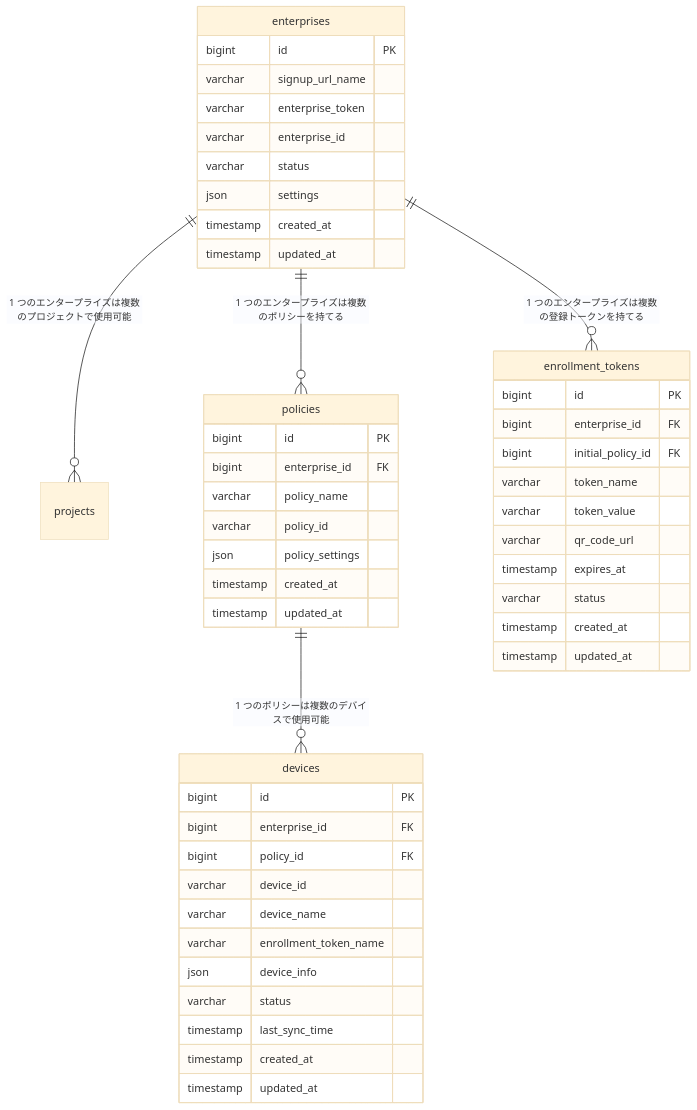
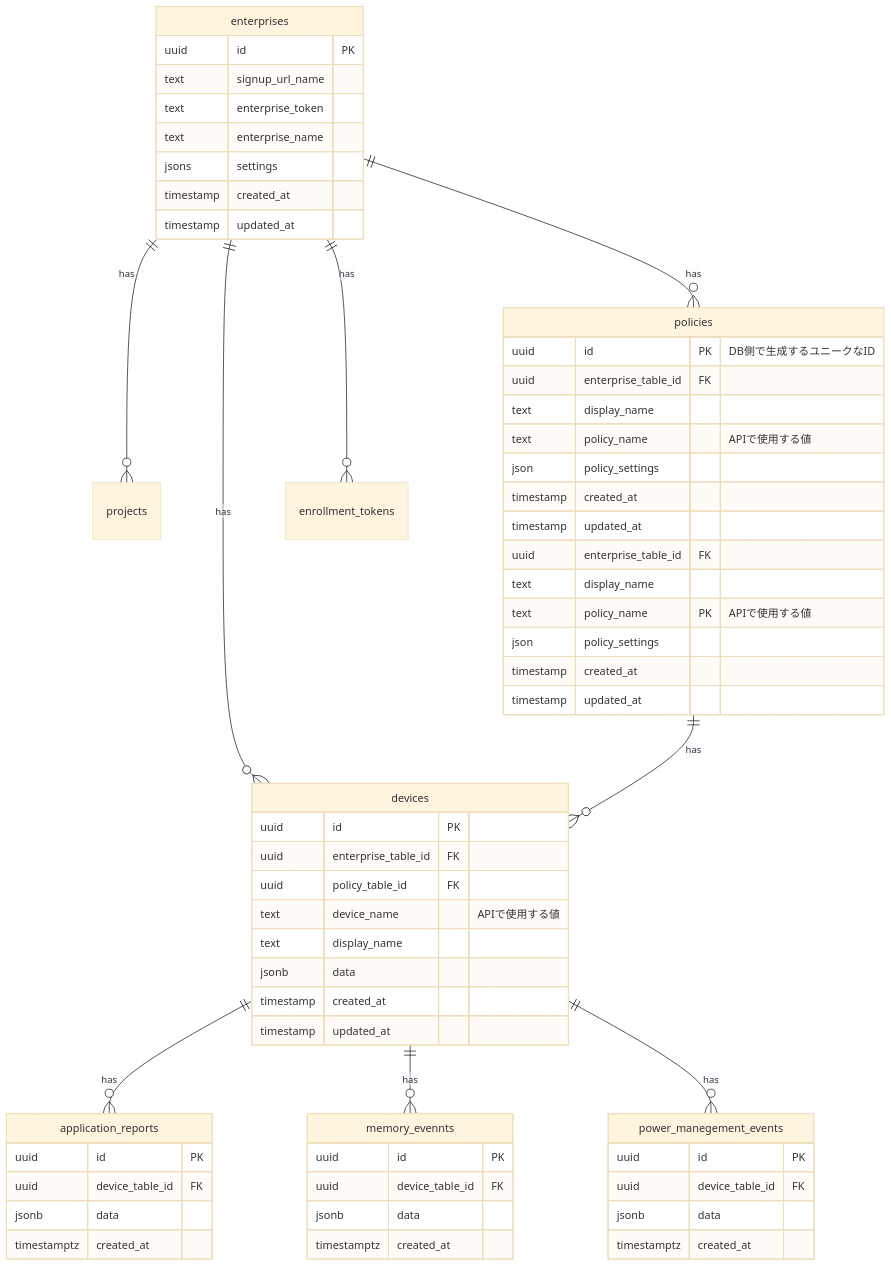
Before and after one commit to tk20211228/sample-site: the diagram in db/dev/enterprise-policy-device-er.md, drawn with Mermaid (base theme). The commit also changed 91 other files, not shown here.

Commit message:
feat: Add project and device types; implement project management components and update policies

````diff
--- a/db/dev/enterprise-policy-device-er.md
+++ b/db/dev/enterprise-policy-device-er.md
@@ -5,55 +5,86 @@
 ```mermaid
 erDiagram
-enterprises ||--o{ projects : "1 つのエンタープライズは複数のプロジェクトで使用可能"
-enterprises ||--o{ policies : "1 つのエンタープライズは複数のポリシーを持てる"
-policies ||--o{ devices : "1 つのポリシーは複数のデバイスで使用可能"
-enterprises ||--o{ enrollment_tokens : "1 つのエンタープライズは複数の登録トークンを持てる"
+    enterprises ||--o{ projects : "has"
+    enterprises ||--o{ policies : "has"
+    enterprises ||--o{ devices : "has"
+    policies ||--o{ devices : "has"
+    enterprises ||--o{ enrollment_tokens : "has"
+    devices ||--o{ application_reports : "has"
+    devices ||--o{ memory_evennts : "has"
+    devices ||--o{ power_manegement_events : "has"
 
     enterprises {
-        bigint id PK
-        varchar signup_url_name
-        varchar enterprise_token
-        varchar enterprise_id
-        varchar status
-        json settings
+        uuid id PK
+        text signup_url_name
+        text enterprise_token
+        text enterprise_name
+        jsons settings
         timestamp created_at
         timestamp updated_at
     }
 
     policies {
-        bigint id PK
-        bigint enterprise_id FK
-        varchar policy_name
-        varchar policy_id
+        uuid id PK　"DB側で生成するユニークなID"
+        uuid enterprise_table_id FK
+        text display_name
+        text policy_name "APIで使用する値"
+        json policy_settings
+        timestamp created_at
+        timestamp updated_at
+    }
+
+　　policies {
+        uuid enterprise_table_id FK
+        text display_name
+        text policy_name PK　"APIで使用する値"
         json policy_settings
         timestamp created_at
         timestamp updated_at
     }
 
     devices {
-        bigint id PK
-        bigint enterprise_id FK
-        bigint policy_id FK
-        varchar device_id
-        varchar device_name
-        varchar enrollment_token_name
-        json device_info
-        varchar status
-        timestamp last_sync_time
+        uuid id PK
+        uuid enterprise_table_id FK
+        uuid policy_table_id FK
+        text device_name "APIで使用する値"
+        text display_name
+        jsonb data
         timestamp created_at
         timestamp updated_at
     }
 
-    enrollment_tokens {
-        bigint id PK
-        bigint enterprise_id FK
-        bigint initial_policy_id FK
-        varchar token_name
-        varchar token_value
-        varchar qr_code_url
-        timestamp expires_at
-        varchar status
-        timestamp created_at
-        timestamp updated_at
+    application_reports {
+        uuid id PK
+        uuid device_table_id FK
+        jsonb data
+        timestamptz created_at
     }
+
+    memory_evennts {
+        uuid id PK
+        uuid device_table_id FK
+        jsonb data
+        timestamptz created_at
+    }
+
+    power_manegement_events {
+        uuid id PK
+        uuid device_table_id FK
+        jsonb data
+        timestamptz created_at
+    }
+
+
+    %% enrollment_tokens {
+    %%     bigint id PK
+    %%     bigint enterprise_id FK
+    %%     bigint initial_policy_id FK
+    %%     varchar token_name
+    %%     varchar token_value
+    %%     varchar qr_code_url
+    %%     timestamp expires_at
+    %%     varchar status
+    %%     timestamp created_at
+    %%     timestamp updated_at
+    %% }
 ```
````
